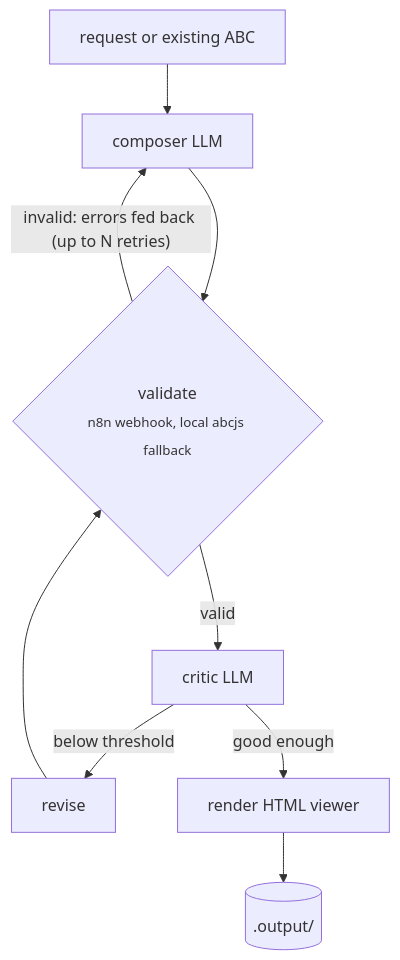
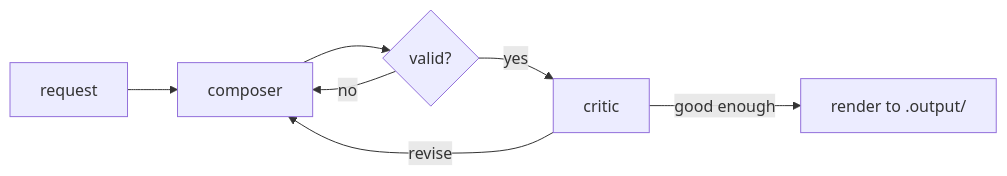
One commit to Finnduas/pi-music-agent changed the diagram in README.md. Above: the diagram before and after it, drawn with Mermaid. The commit also changed other lines of this file, not shown here.

````diff
--- a/README.md
+++ b/README.md
@@ -217,11 +85,9 @@
 ```mermaid
-flowchart TD
-    A[request or existing ABC] --> B[composer LLM]
-    B --> C{validate<br/><sub>n8n webhook, local abcjs fallback</sub>}
-    C -- "invalid: errors fed back (up to N retries)" --> B
-    C -- valid --> D[critic LLM]
-    D -- below threshold --> E[revise]
-    E --> C
-    D -- good enough --> F[render HTML viewer]
-    F --> G[(.output/)]
+flowchart LR
+    A[request] --> B[composer]
+    B --> C{valid?}
+    C -- no --> B
+    C -- yes --> D[critic]
+    D -- revise --> B
+    D -- good enough --> E[render to .output/]
 ```
````
